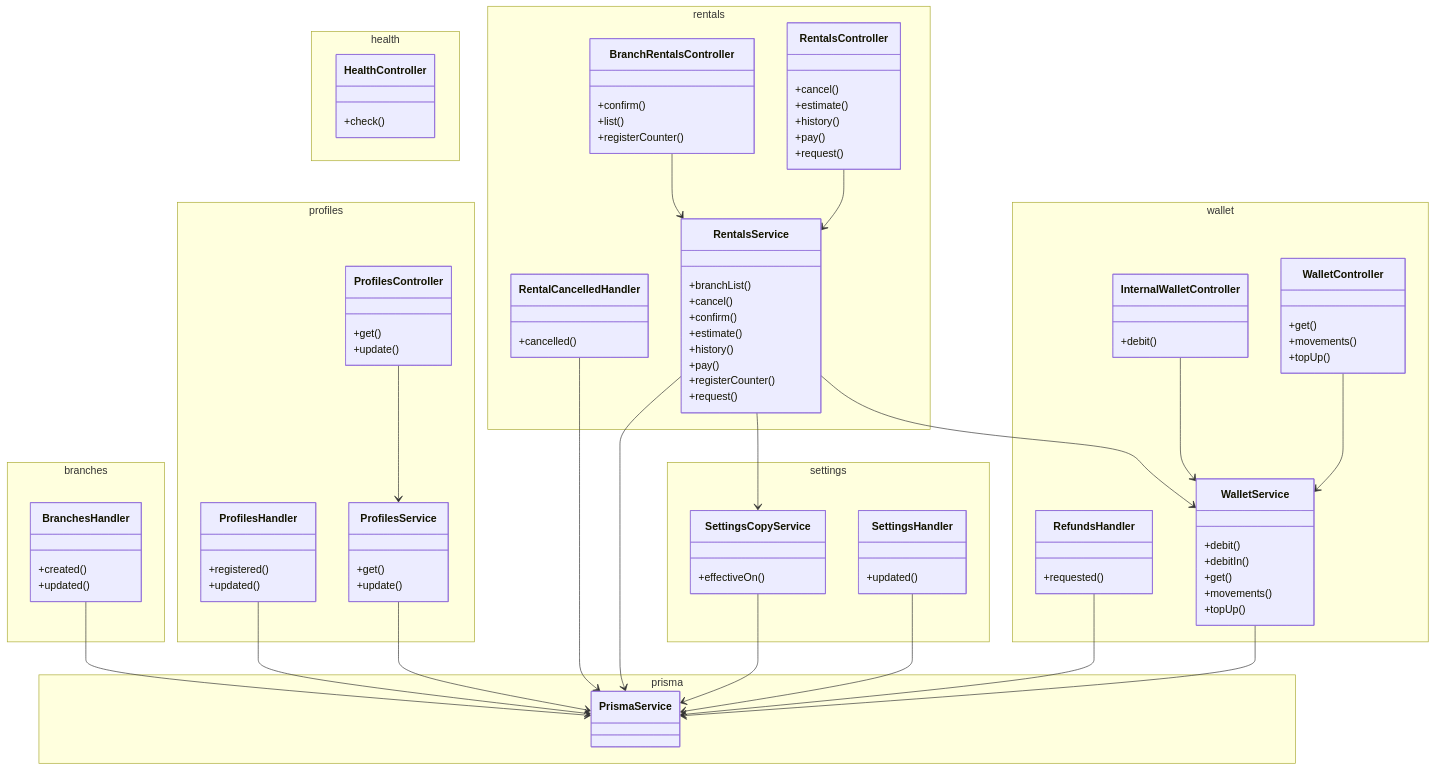
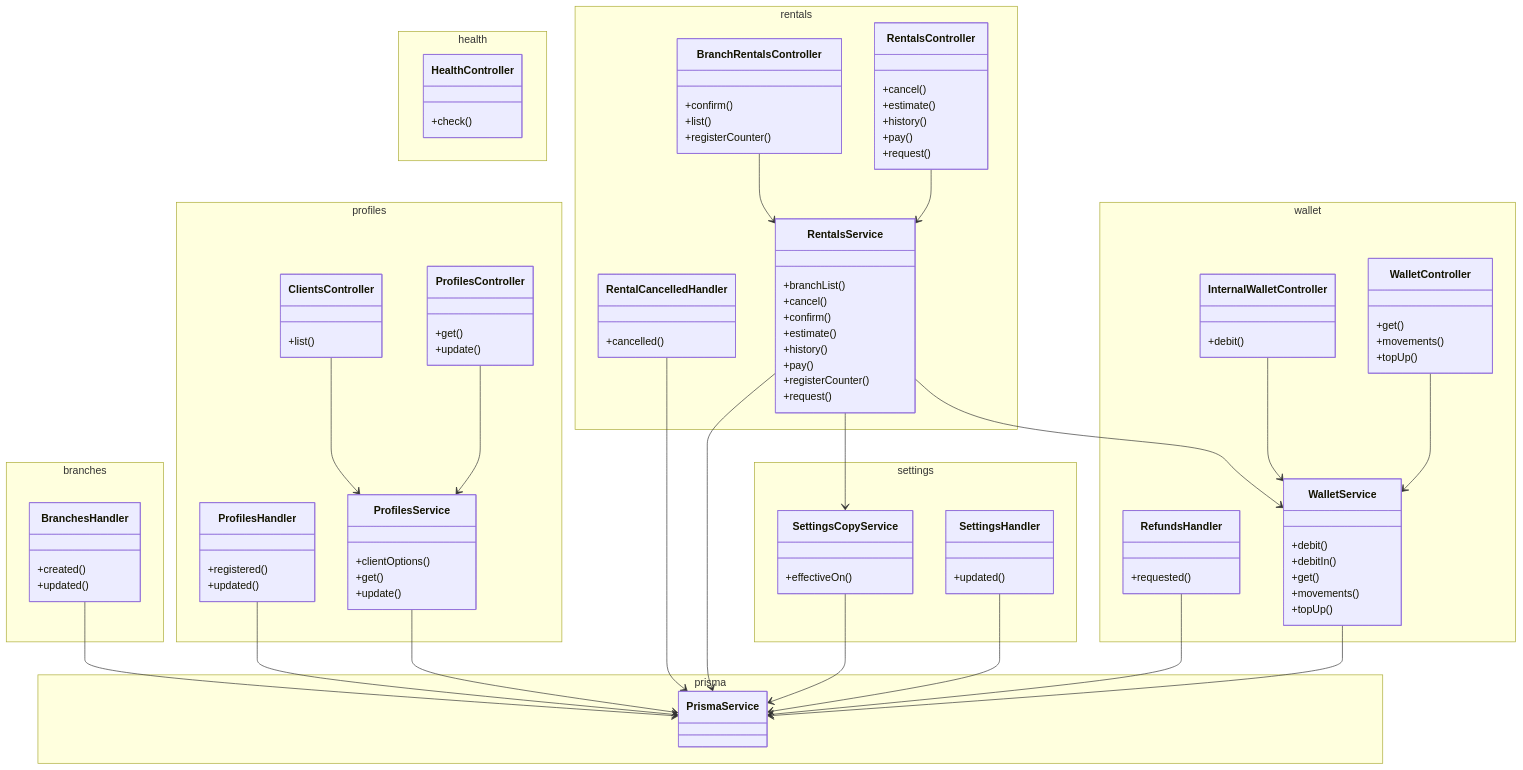
One commit to JeffMenca/debus changed the second of 4 diagrams in docs/clientes/README.md. Above: the diagram before and after it, drawn with Mermaid. The commit also changed other lines of this file and 56 other files, not shown here.

```diff
--- a/docs/clientes/README.md
+++ b/docs/clientes/README.md
@@ -81,6 +81,9 @@
     class PrismaService
   }
   namespace profiles {
+    class ClientsController {
+      +list()
+    }
     class ProfilesController {
       +get()
       +update()
@@ -90,6 +93,7 @@
       +updated()
     }
     class ProfilesService {
+      +clientOptions()
       +get()
       +update()
     }
@@ -151,6 +155,7 @@
   }
   BranchesHandler --> PrismaService
   BranchRentalsController --> RentalsService
+  ClientsController --> ProfilesService
   InternalWalletController --> WalletService
   ProfilesController --> ProfilesService
   ProfilesHandler --> PrismaService
```
